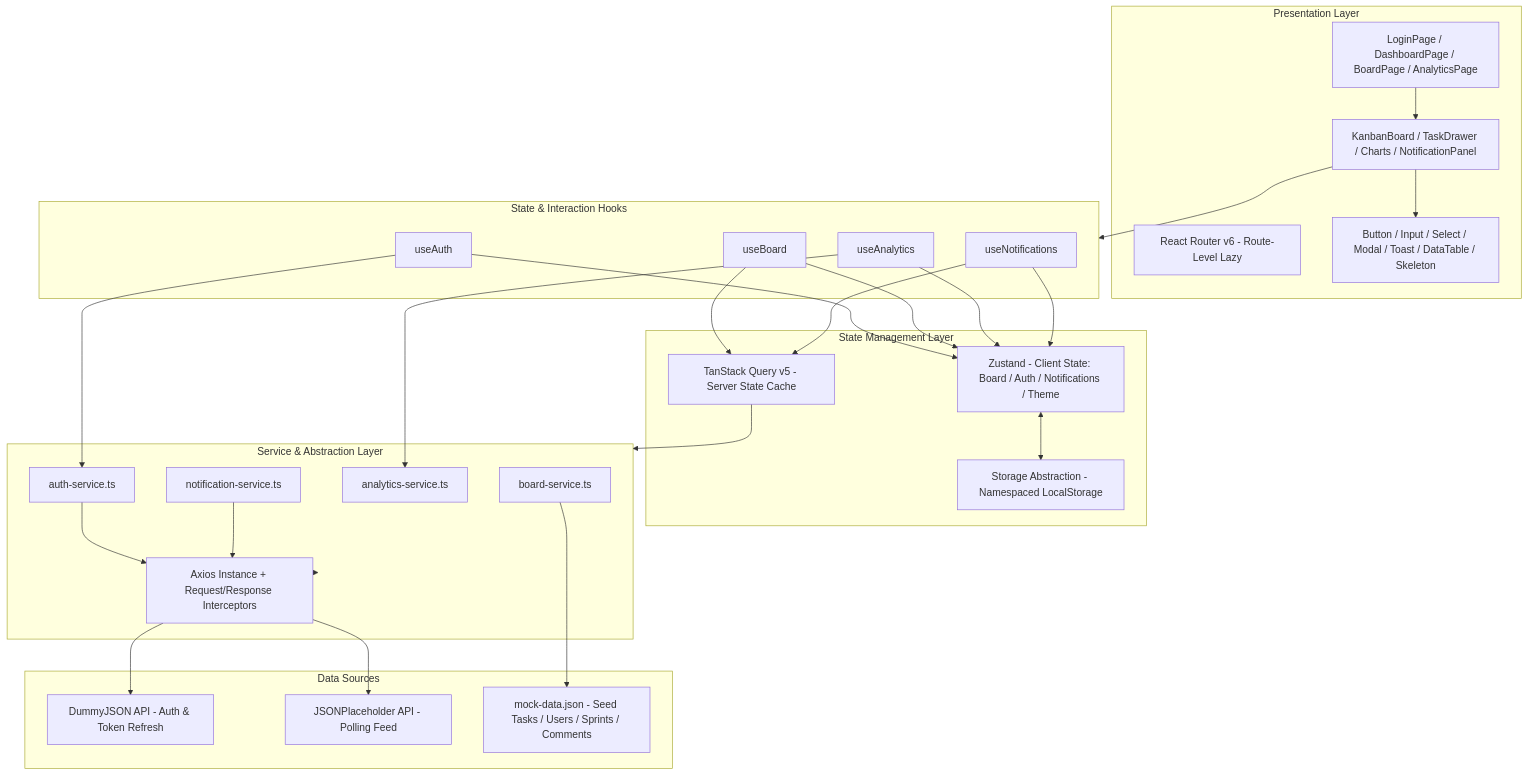
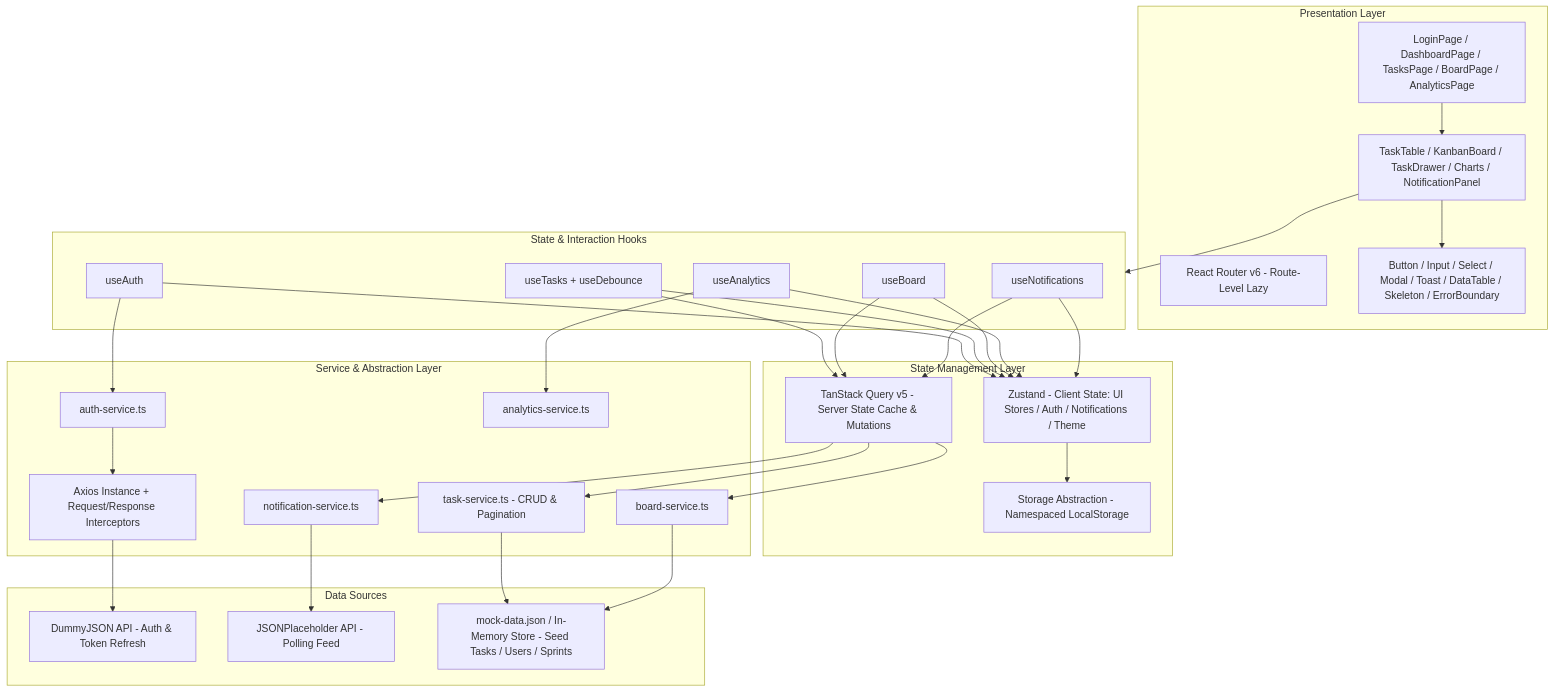
The first of 4 diagrams in architecture.md (gulam161/taskflow-dashboard), drawn with Mermaid before and after one commit. The commit also changed other lines of this file and 22 other files, not shown here.

Commit message:
feat: implement task management module with filtering, pagination, state management, and supporting components

````diff
--- a/architecture.md
+++ b/architecture.md
@@ -39,59 +39,63 @@
 ```mermaid
 graph TD
     subgraph UI_Layer [Presentation Layer]
         Router[React Router v6 - Route-Level Lazy]
-        Pages[LoginPage / DashboardPage / BoardPage / AnalyticsPage]
-        Components[KanbanBoard / TaskDrawer / Charts / NotificationPanel]
-        DesignSystem[Button / Input / Select / Modal / Toast / DataTable / Skeleton]
+        Pages[LoginPage / DashboardPage / TasksPage / BoardPage / AnalyticsPage]
+        Components[TaskTable / KanbanBoard / TaskDrawer / Charts / NotificationPanel]
+        DesignSystem[Button / Input / Select / Modal / Toast / DataTable / Skeleton / ErrorBoundary]
     end
 
     subgraph Hooks_Layer [State & Interaction Hooks]
         useAuthHook[useAuth]
+        useTasksHook[useTasks + useDebounce]
         useBoardHook[useBoard]
         useAnalyticsHook[useAnalytics]
         useNotifsHook[useNotifications]
     end
 
     subgraph State_Management [State Management Layer]
-        QueryClient[TanStack Query v5 - Server State Cache]
-        ZustandStores[Zustand - Client State: Board / Auth / Notifications / Theme]
+        QueryClient[TanStack Query v5 - Server State Cache & Mutations]
+        ZustandStores[Zustand - Client State: UI Stores / Auth / Notifications / Theme]
         LocalStorage[Storage Abstraction - Namespaced LocalStorage]
     end
 
     subgraph Service_Layer [Service & Abstraction Layer]
         AuthService[auth-service.ts]
+        TaskService[task-service.ts - CRUD & Pagination]
         BoardService[board-service.ts]
         AnalyticsService[analytics-service.ts]
         NotifService[notification-service.ts]
         AxiosClient[Axios Instance + Request/Response Interceptors]
     end
 
     subgraph Data_Sources [Data Sources]
         DummyJSON[DummyJSON API - Auth & Token Refresh]
         JSONPlaceholder[JSONPlaceholder API - Polling Feed]
-        MockData[mock-data.json - Seed Tasks / Users / Sprints / Comments]
+        MockData[mock-data.json / In-Memory Store - Seed Tasks / Users / Sprints]
     end
 
     Pages --> Components
     Components --> DesignSystem
     Components --> Hooks_Layer
 
     useAuthHook --> ZustandStores
     useAuthHook --> AuthService
+    useTasksHook --> QueryClient
+    useTasksHook --> ZustandStores
+    QueryClient --> TaskService
     useBoardHook --> QueryClient
     useBoardHook --> ZustandStores
+    QueryClient --> BoardService
     useAnalyticsHook --> ZustandStores
     useAnalyticsHook --> AnalyticsService
     useNotifsHook --> QueryClient
     useNotifsHook --> ZustandStores
-
-    QueryClient --> Service_Layer
-    ZustandStores <--> LocalStorage
-    Service_Layer --> AxiosClient
+    QueryClient --> NotifService
 
     AuthService --> AxiosClient
+    AxiosClient --> DummyJSON
+    NotifService --> JSONPlaceholder
+    TaskService --> MockData
     BoardService --> MockData
-    NotifService --> AxiosClient
-    AxiosClient --> DummyJSON
-    AxiosClient --> JSONPlaceholder
+    ZustandStores --> LocalStorage
 ```
````
